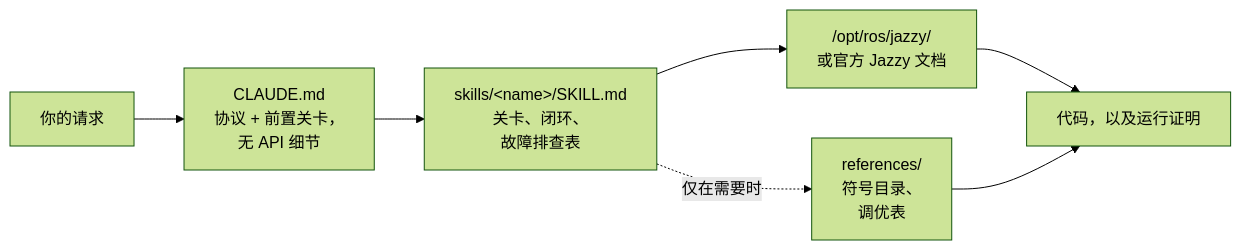
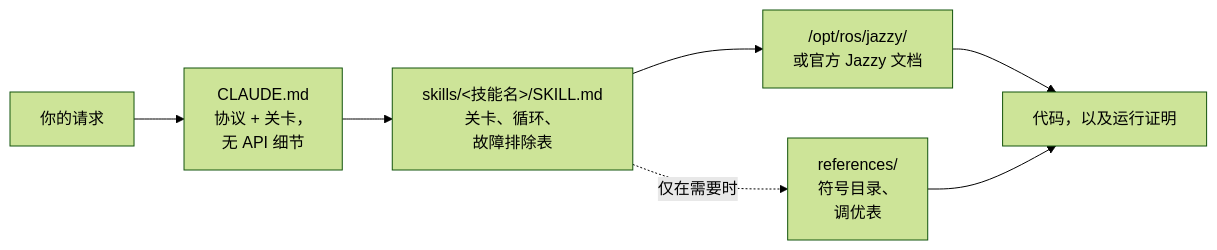
The diagram in README.zh.md (Leehyunbin0131/claude-ros2-skills), drawn with Mermaid (forest theme) before and after one commit. The commit also changed other lines of this file and 6 other files, not shown here.

````diff
--- a/README.zh.md
+++ b/README.zh.md
@@ -155,9 +155,9 @@
 ```mermaid
 flowchart LR
-    A["你的请求"] --> B["CLAUDE.md<br/>协议 + 前置关卡，<br/>无 API 细节"]
-    B --> C["skills/&lt;name&gt;/SKILL.md<br/>关卡、闭环、<br/>故障排查表"]
+    A["你的请求"] --> B["CLAUDE.md<br/>协议 + 关卡，<br/>无 API 细节"]
+    B --> C["skills/&lt;技能名&gt;/SKILL.md<br/>关卡、循环、<br/>故障排除表"]
     C --> D["/opt/ros/jazzy/<br/>或官方 Jazzy 文档"]
     C -.仅在需要时.-> R["references/<br/>符号目录、<br/>调优表"]
     D --> E["代码，以及运行证明"]
     R --> E
 ```
````
